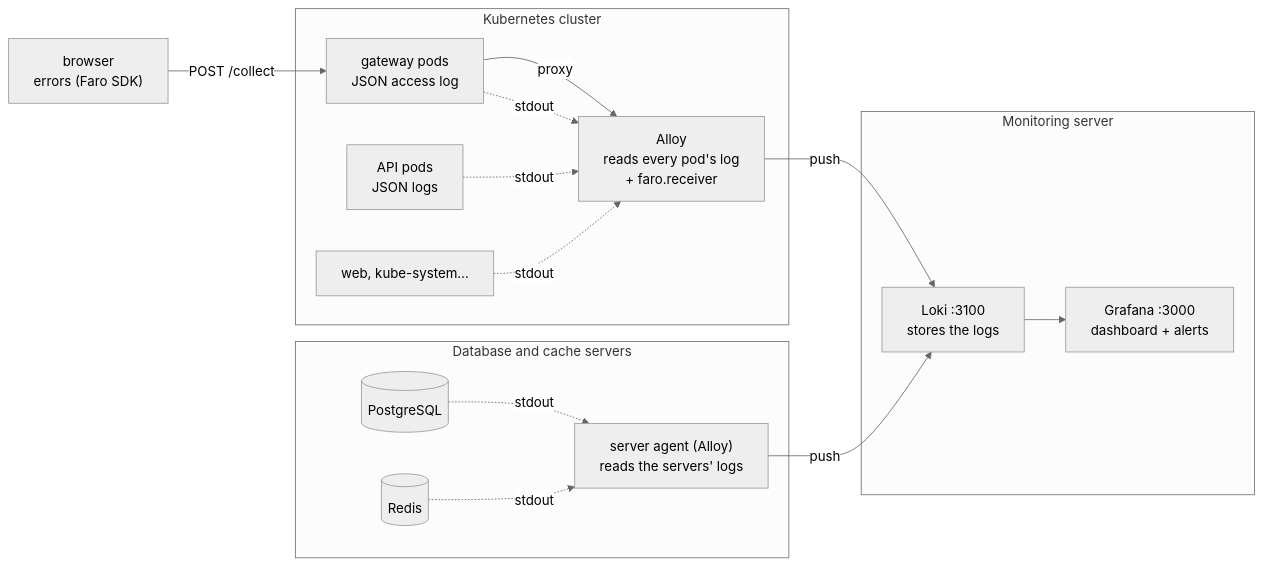
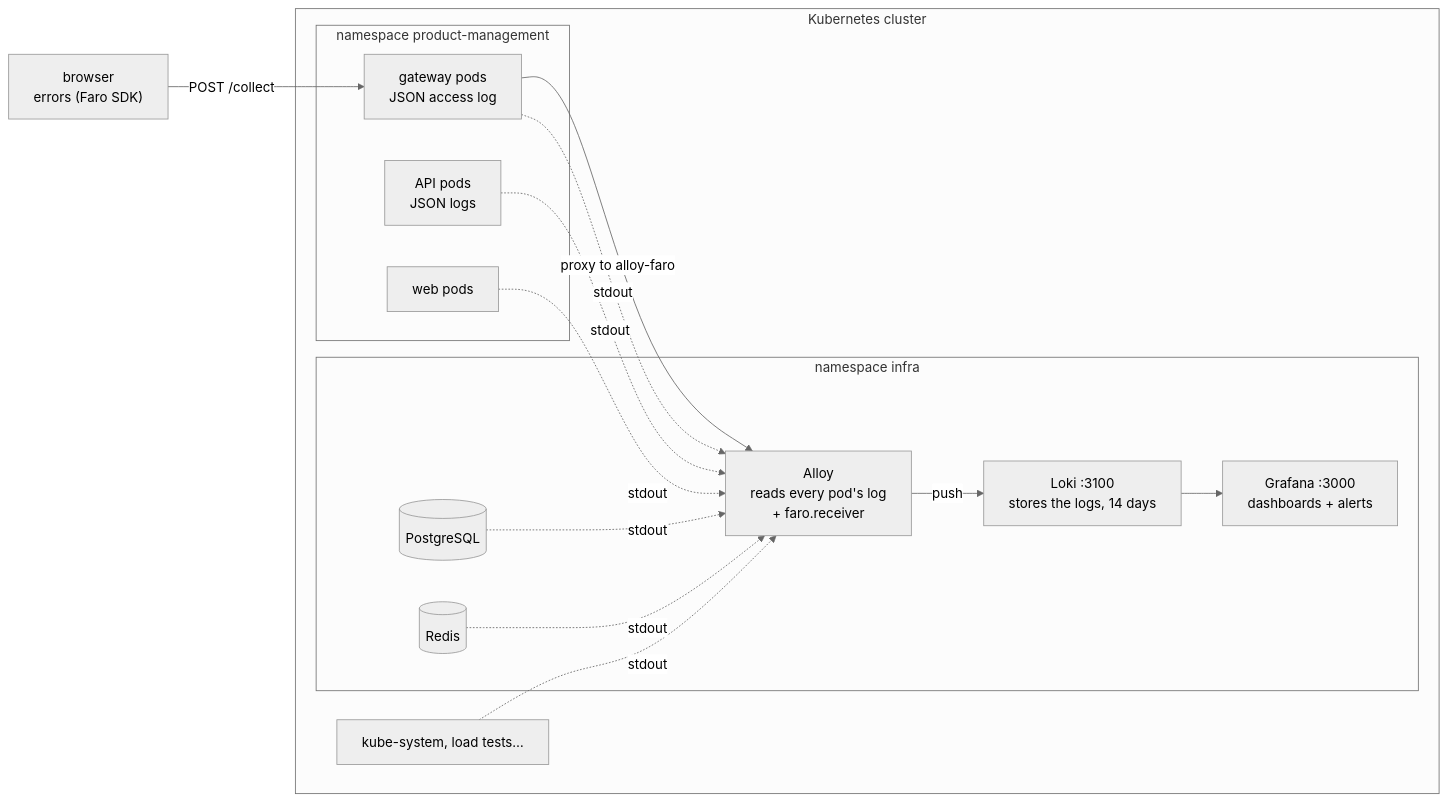
Before and after one commit to RubenCipriano/zeiss-product-management: the first of 2 diagrams in docs/guide/08-observability.md, drawn with Mermaid (neutral theme). The commit also changed other lines of this file and 80 other files, not shown here.

````diff
--- a/docs/guide/08-observability.md
+++ b/docs/guide/08-observability.md
@@ -12,23 +12,22 @@
 ```mermaid
 flowchart LR
   BR["browser<br/>errors (Faro SDK)"]
   subgraph cluster["Kubernetes cluster"]
-    GW["gateway pods<br/>JSON access log"]
-    API["API pods<br/>JSON logs"]
-    WEB["web, kube-system…"]
-    ALLOY["Alloy<br/>reads every pod's log<br/>+ faro.receiver"]
+    subgraph pm["namespace product-management"]
+      GW["gateway pods<br/>JSON access log"]
+      API["API pods<br/>JSON logs"]
+      WEB["web pods"]
+    end
+    subgraph infra["namespace infra"]
+      PG[("PostgreSQL")]
+      RD[("Redis")]
+      ALLOY["Alloy<br/>reads every pod's log<br/>+ faro.receiver"]
+      LOKI["Loki :3100<br/>stores the logs, 14 days"]
+      GRAF["Grafana :3000<br/>dashboards + alerts"]
+    end
+    KS["kube-system, load tests…"]
   end
-  subgraph servers["Database and cache servers"]
-    PG[("PostgreSQL")]
-    RD[("Redis")]
-    AGENT["server agent (Alloy)<br/>reads the servers' logs"]
-  end
-  subgraph mon["Monitoring server"]
-    LOKI["Loki :3100<br/>stores the logs"]
-    GRAF["Grafana :3000<br/>dashboard + alerts"]
-  end
-  BR -- "POST /collect" --> GW -- proxy --> ALLOY
-  GW & API & WEB -. stdout .-> ALLOY -- push --> LOKI
-  PG & RD -. stdout .-> AGENT -- push --> LOKI
+  BR -- "POST /collect" --> GW -- "proxy to alloy-faro" --> ALLOY
+  GW & API & WEB & PG & RD & KS -. stdout .-> ALLOY -- push --> LOKI
   LOKI --> GRAF
 ```
````
